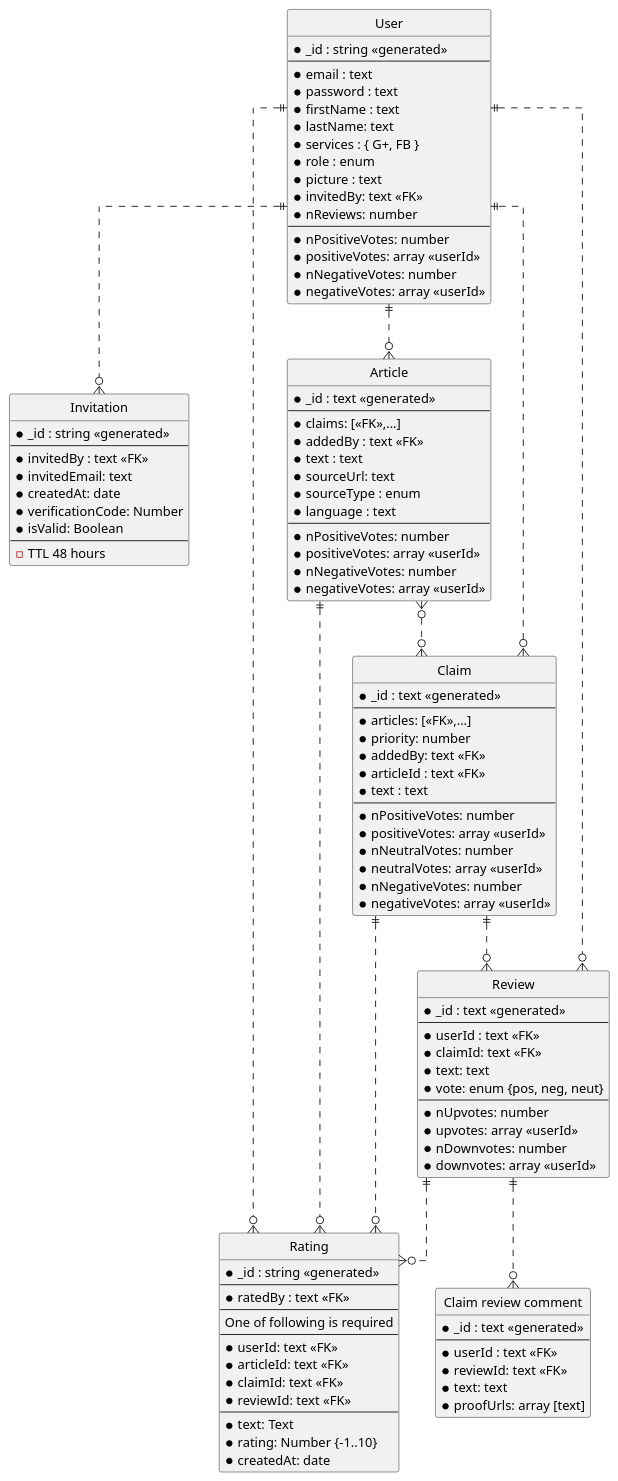
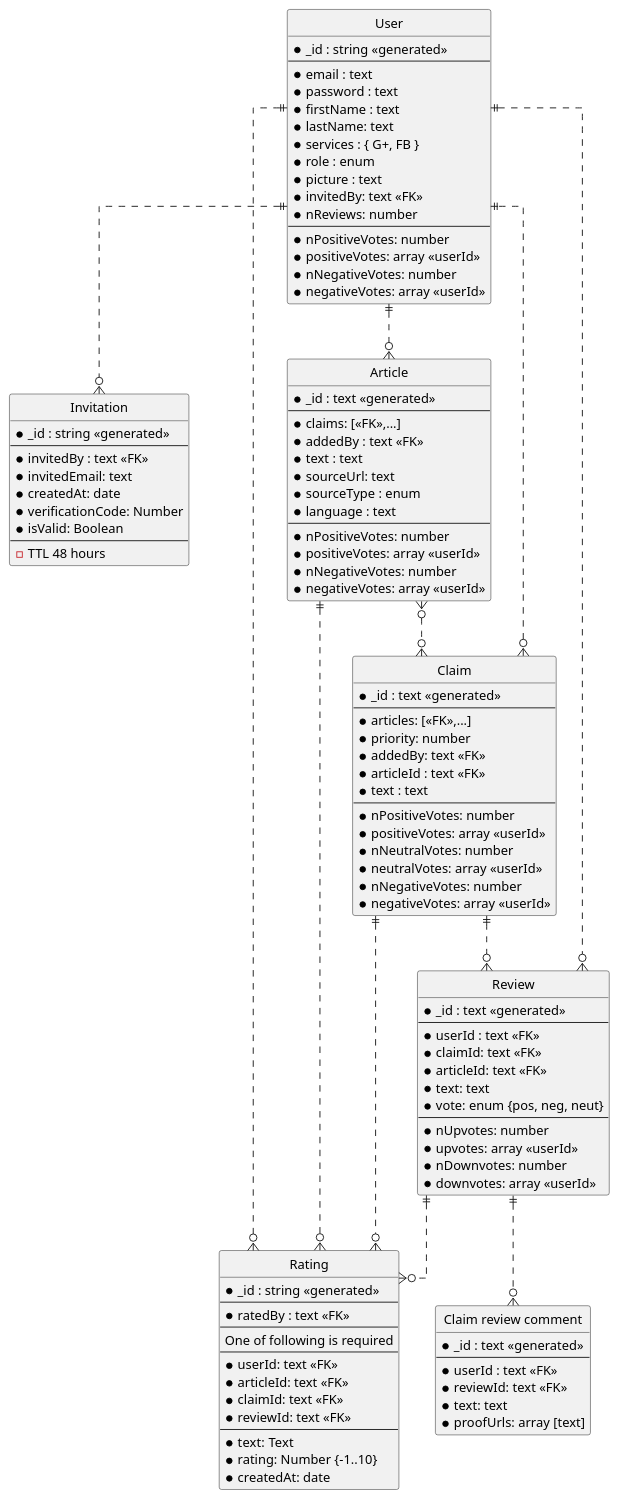
The diagram in sys_docs/entity_relations.puml (aic-factcheck/fact_checking_be), drawn with PlantUML before and after one commit. The commit also changed 4 other files, not shown here.

```diff
--- a/sys_docs/entity_relations.puml
+++ b/sys_docs/entity_relations.puml
@@ -1,123 +1,124 @@
 @startuml
 ' hide the spot
 hide circle
 
 ' avoid problems with angled crows feet
 skinparam linetype ortho
 
 entity "User" as user {
   *_id : string <<generated>>
   --
   *email : text
   *password : text
   *firstName : text
   *lastName: text
   *services : { G+, FB }
   *role : enum
   *picture : text
   *invitedBy: text <<FK>>
   *nReviews: number
   --
   *nPositiveVotes: number
   *positiveVotes: array <<userId>>
   *nNegativeVotes: number
   *negativeVotes: array <<userId>>
 }
 
 entity "Invitation" as inv {
   *_id : string <<generated>>
   --
   *invitedBy : text <<FK>>
   *invitedEmail: text
   *createdAt: date
   *verificationCode: Number
   *isValid: Boolean
   --
   - TTL 48 hours
 }
 
 entity "Rating" as rating {
   *_id : string <<generated>>
   --
   *ratedBy : text <<FK>>
   --
   One of following is required
   --
   *userId: text <<FK>>
   *articleId: text <<FK>>
   *claimId: text <<FK>>
   *reviewId: text <<FK>>
   --
   *text: Text
   *rating: Number {-1..10}
   *createdAt: date
 }
 
 entity "Article" as article {
   *_id : text <<generated>>
   --
   *claims: [<<FK>>,...]
   *addedBy : text <<FK>>
   *text : text
   *sourceUrl: text
   *sourceType : enum
   *language : text
   --
   *nPositiveVotes: number
   *positiveVotes: array <<userId>>
   *nNegativeVotes: number
   *negativeVotes: array <<userId>>
 }
 
 entity "Claim" as claim {
   *_id : text <<generated>>
   --
   *articles: [<<FK>>,...]
   *priority: number
   *addedBy: text <<FK>>
   *articleId : text <<FK>>
   *text : text
   --
   *nPositiveVotes: number
   *positiveVotes: array <<userId>>
   *nNeutralVotes: number
   *neutralVotes: array <<userId>>
   *nNegativeVotes: number
   *negativeVotes: array <<userId>>
 }
 
 entity "Review" as review {
   *_id : text <<generated>>
   --
   *userId : text <<FK>>
   *claimId: text <<FK>>
+  *articleId: text <<FK>>
   *text: text
   *vote: enum {pos, neg, neut}
   --
   *nUpvotes: number
   *upvotes: array <<userId>>
   *nDownvotes: number
   *downvotes: array <<userId>>
 }
 
 entity "Claim review comment" as claimReviewComment {
   *_id : text <<generated>>
   --
   *userId : text <<FK>>
   *reviewId: text <<FK>>
   *text: text
   *proofUrls: array [text] 
 }
 
 user ||..o{ article
 user ||..o{ inv
 article }o..o{ claim
 article ||..o{ rating
 user ||..o{ review
 user ||..o{ rating
 claim ||..o{ review
 claim }o..|| user
 claim ||..o{ rating
 review ||..o{ claimReviewComment
 review ||..o{ rating
 @enduml
```
